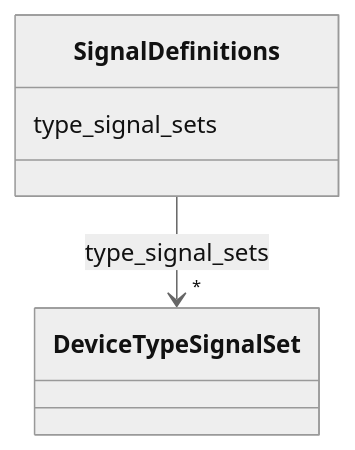
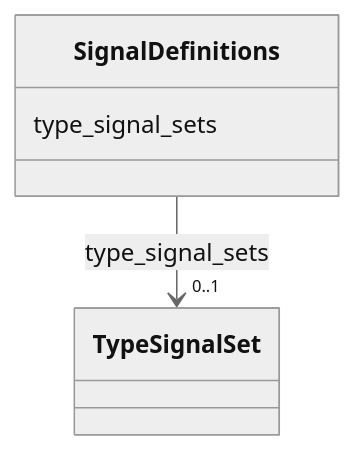
The diagram in docs_narad/SignalDefinitions.md (pals-project/pals-facility-config), drawn with Mermaid (neutral theme) before and after one commit. The commit also changed other lines of this file and 235 other files, not shown here.

Commit message:
aligned schema to SOSA SNN, gen-project gendocs and validate all work

````diff
--- a/docs_narad/SignalDefinitions.md
+++ b/docs_narad/SignalDefinitions.md
@@ -18,17 +18,17 @@
 ```mermaid
  classDiagram
     class SignalDefinitions
     click SignalDefinitions href "../SignalDefinitions/"
       SignalDefinitions : type_signal_sets
         
           
     
         
         
-        SignalDefinitions --> "*" DeviceTypeSignalSet : type_signal_sets
-        click DeviceTypeSignalSet href "../DeviceTypeSignalSet/"
+        SignalDefinitions --> "0..1" TypeSignalSet : type_signal_sets
+        click TypeSignalSet href "../TypeSignalSet/"
     
 
         
       
 ```
````
